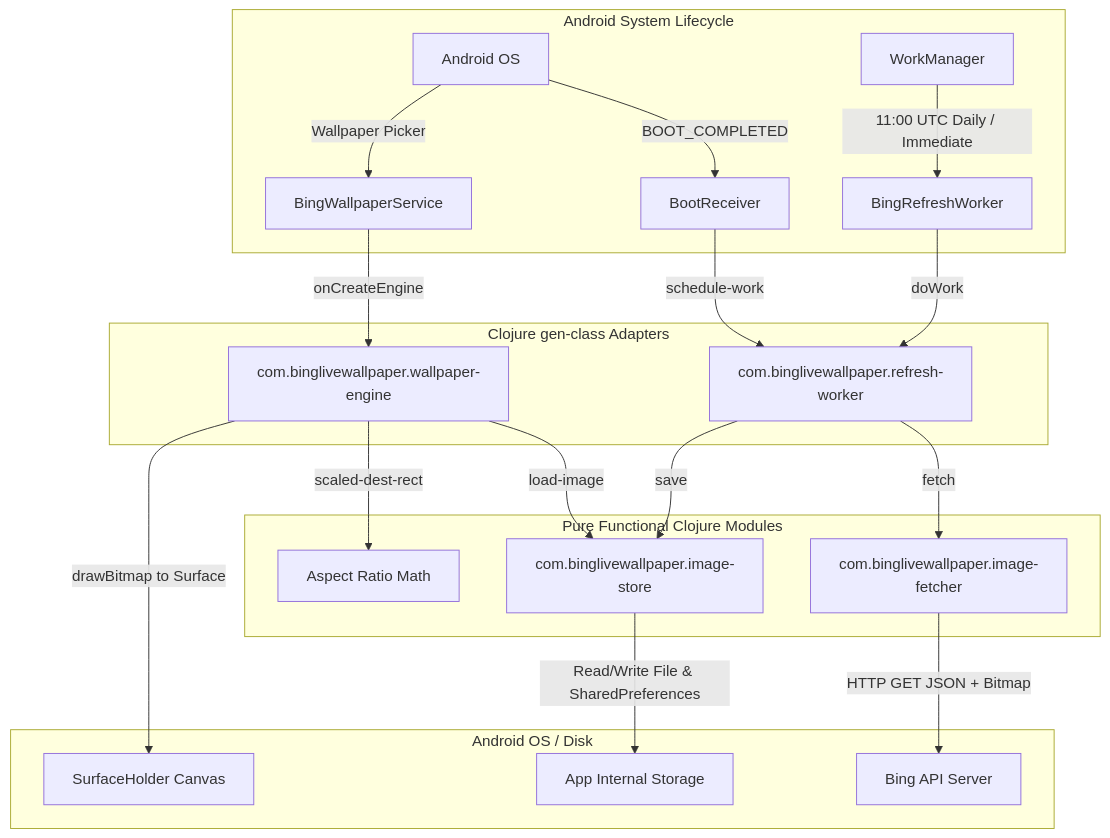
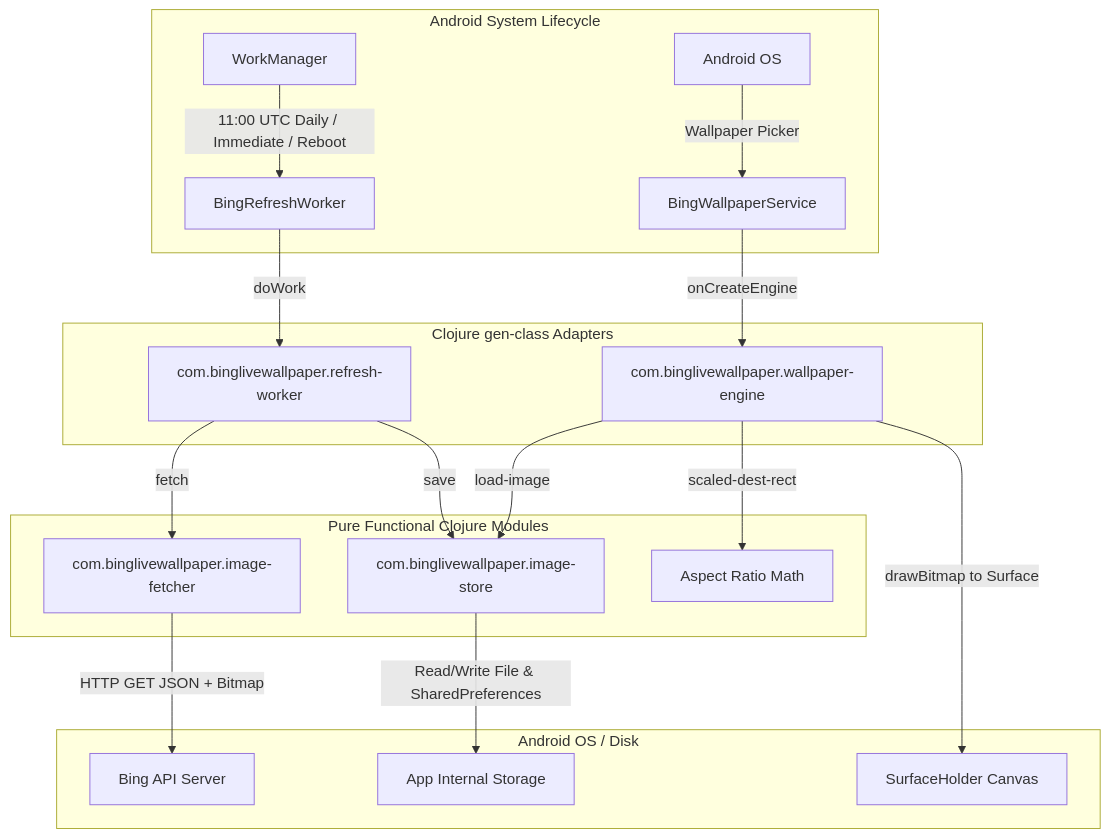
The diagram in clojure_guide.md (mogenson/bing-live-wallpaper), drawn with Mermaid before and after one commit. The commit also changed 6 other files, not shown here.

````diff
--- a/clojure_guide.md
+++ b/clojure_guide.md
@@ -13,27 +13,25 @@
 ```mermaid
 graph TD
     subgraph Android System Lifecycle
-        OS[Android OS] -->|BOOT_COMPLETED| BR[BootReceiver]
-        OS -->|Wallpaper Picker| WS[BingWallpaperService]
-        WM[WorkManager] -->|11:00 UTC Daily / Immediate| BW[BingRefreshWorker]
+        OS[Android OS] -->|Wallpaper Picker| WS[BingWallpaperService]
+        WM[WorkManager] -->|11:00 UTC Daily / Immediate / Reboot| BW[BingRefreshWorker]
     end
 
     subgraph Clojure gen-class Adapters
-        BR -->|schedule-work| RW[com.binglivewallpaper.refresh-worker]
         WS -->|onCreateEngine| WE[com.binglivewallpaper.wallpaper-engine]
-        BW -->|doWork| RW
+        BW -->|doWork| RW[com.binglivewallpaper.refresh-worker]
     end
 
     subgraph Pure Functional Clojure Modules
         RW -->|fetch| IF[com.binglivewallpaper.image-fetcher]
         RW -->|save| IS[com.binglivewallpaper.image-store]
         WE -->|load-image| IS
         WE -->|scaled-dest-rect| SR[Aspect Ratio Math]
     end
 
     subgraph Android OS / Disk
         IF -->|HTTP GET JSON + Bitmap| Bing[Bing API Server]
         IS -->|Read/Write File & SharedPreferences| Disk[App Internal Storage]
         WE -->|drawBitmap to Surface| Canvas[SurfaceHolder Canvas]
     end
 ```
````
